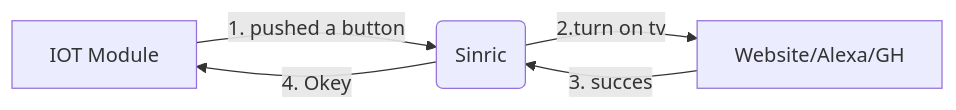
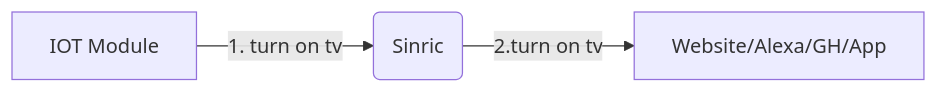
The third of 3 diagrams in messages/messages.md (kakopappa/sinric-pro-help), drawn with Mermaid before and after one commit. The commit also changed other lines of this file, not shown here.

Commit message:
messages/messages.md updated from https://stackedit.io/

````diff
--- a/messages/messages.md
+++ b/messages/messages.md
@@ -92,7 +92,5 @@
 ```mermaid
 graph LR
-A[IOT Module] -- 1. pushed a button --> B(Sinric)
-B -- 2.turn on tv --> D[Website/Alexa/GH]
-D -- 3. succes --> B
-B -- 4. Okey -->A
+A[IOT Module] -- 1. turn on tv --> B(Sinric)
+B -- 2.turn on tv --> D[Website/Alexa/GH/App]
 ```
````
